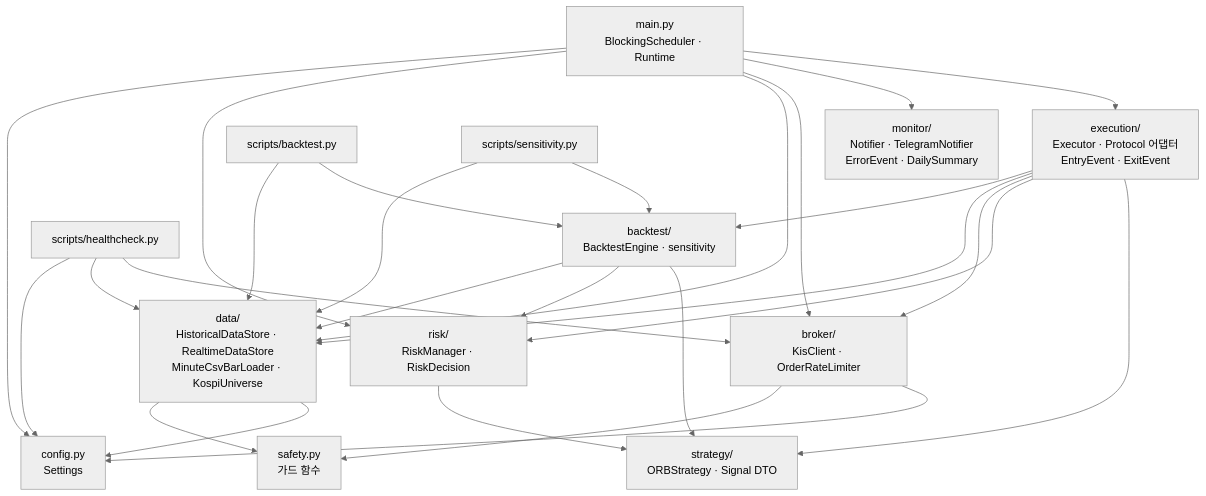
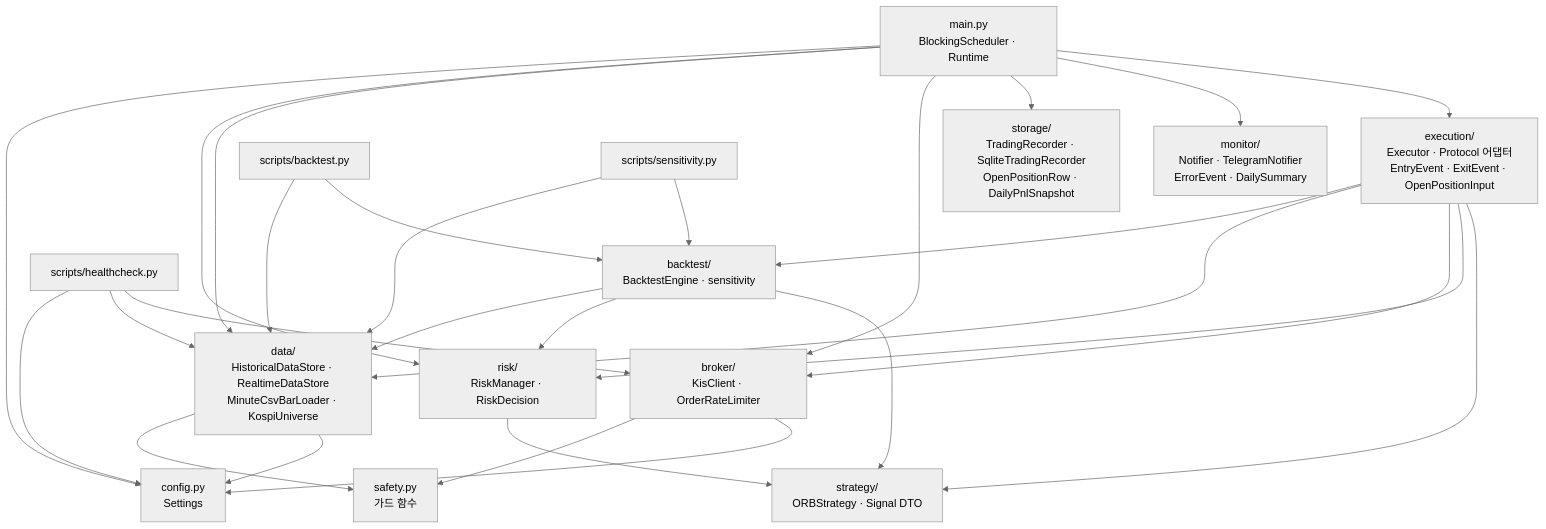
The first of 4 diagrams in docs/architecture.md (donggyushin/stocker), drawn with Mermaid (neutral theme) before and after one commit. The commit also changed other lines of this file and 21 other files, not shown here.

````diff
--- a/docs/architecture.md
+++ b/docs/architecture.md
@@ -65,46 +66,48 @@
 ```mermaid
 graph TD
     config[config.py<br/>Settings]
     safety[safety.py<br/>가드 함수]
     broker[broker/<br/>KisClient · OrderRateLimiter]
     data[data/<br/>HistoricalDataStore · RealtimeDataStore<br/>MinuteCsvBarLoader · KospiUniverse]
     strategy[strategy/<br/>ORBStrategy · Signal DTO]
     risk[risk/<br/>RiskManager · RiskDecision]
     backtest[backtest/<br/>BacktestEngine · sensitivity]
-    execution[execution/<br/>Executor · Protocol 어댑터<br/>EntryEvent · ExitEvent]
+    execution[execution/<br/>Executor · Protocol 어댑터<br/>EntryEvent · ExitEvent · OpenPositionInput]
     monitor[monitor/<br/>Notifier · TelegramNotifier<br/>ErrorEvent · DailySummary]
+    storage[storage/<br/>TradingRecorder · SqliteTradingRecorder<br/>OpenPositionRow · DailyPnlSnapshot]
 
     healthcheck[scripts/healthcheck.py]
     bt_cli[scripts/backtest.py]
     sens_cli[scripts/sensitivity.py]
     main_py[main.py<br/>BlockingScheduler · Runtime]
 
     broker --> config
     broker --> safety
     data --> config
     data --> safety
     risk --> strategy
     backtest --> strategy
     backtest --> risk
     backtest --> data
     execution --> strategy
     execution --> risk
     execution --> broker
     execution --> data
     execution --> backtest
     main_py --> execution
     main_py --> monitor
+    main_py --> storage
     main_py --> broker
     main_py --> data
     main_py --> risk
     main_py --> config
 
     healthcheck --> broker
     healthcheck --> data
     healthcheck --> config
 
     bt_cli --> backtest
     bt_cli --> data
     sens_cli --> backtest
     sens_cli --> data
 ```
````
